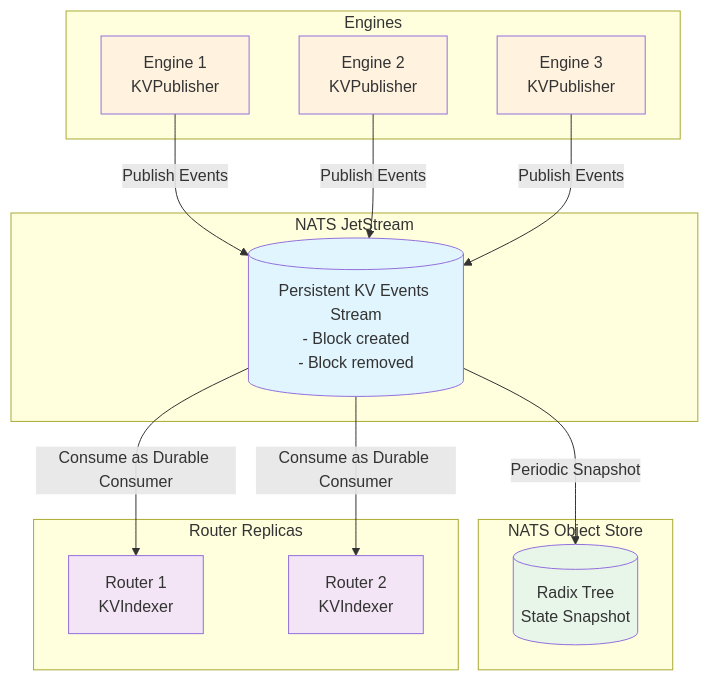
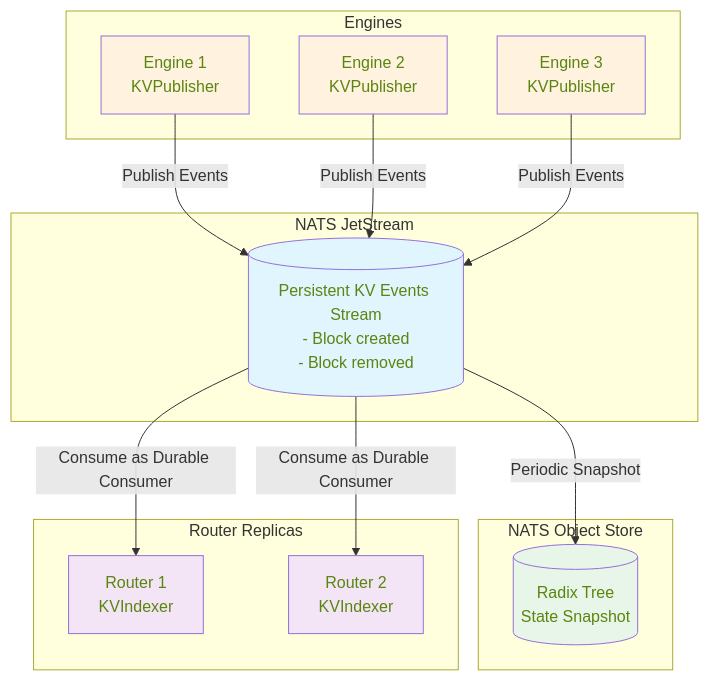
Before and after one commit to wxsms/dynamo: the first of 2 diagrams in docs/architecture/kv_cache_routing.md, drawn with Mermaid.

Commit message:
docs: make router docs mermaid texts green (#3221)

````diff
--- a/docs/architecture/kv_cache_routing.md
+++ b/docs/architecture/kv_cache_routing.md
@@ -45,37 +45,37 @@
 ```mermaid
 graph TD
     subgraph Engines
         E1[Engine 1<br/>KVPublisher]
         E2[Engine 2<br/>KVPublisher]
         E3[Engine 3<br/>KVPublisher]
     end
 
     subgraph "NATS JetStream"
         JS[(Persistent KV Events Stream<br/>- Block created<br/>- Block removed)]
     end
 
     subgraph "NATS Object Store"
         OS[(Radix Tree<br/>State Snapshot)]
     end
 
     subgraph "Router Replicas"
         R1[Router 1<br/>KVIndexer]
         R2[Router 2<br/>KVIndexer]
     end
 
     E1 -->|Publish Events| JS
     E2 -->|Publish Events| JS
     E3 -->|Publish Events| JS
 
     JS -->|Consume as Durable Consumer| R1
     JS -->|Consume as Durable Consumer| R2
     JS -->|Periodic Snapshot| OS
 
-    style JS fill:#e1f5fe
-    style OS fill:#e8f5e9
-    style E1 fill:#fff3e0
-    style E2 fill:#fff3e0
-    style E3 fill:#fff3e0
-    style R1 fill:#f3e5f5
-    style R2 fill:#f3e5f5
+    style JS fill:#e1f5fe,color:#5a850f
+    style OS fill:#e8f5e9,color:#5a850f
+    style E1 fill:#fff3e0,color:#5a850f
+    style E2 fill:#fff3e0,color:#5a850f
+    style E3 fill:#fff3e0,color:#5a850f
+    style R1 fill:#f3e5f5,color:#5a850f
+    style R2 fill:#f3e5f5,color:#5a850f
 ```
````
